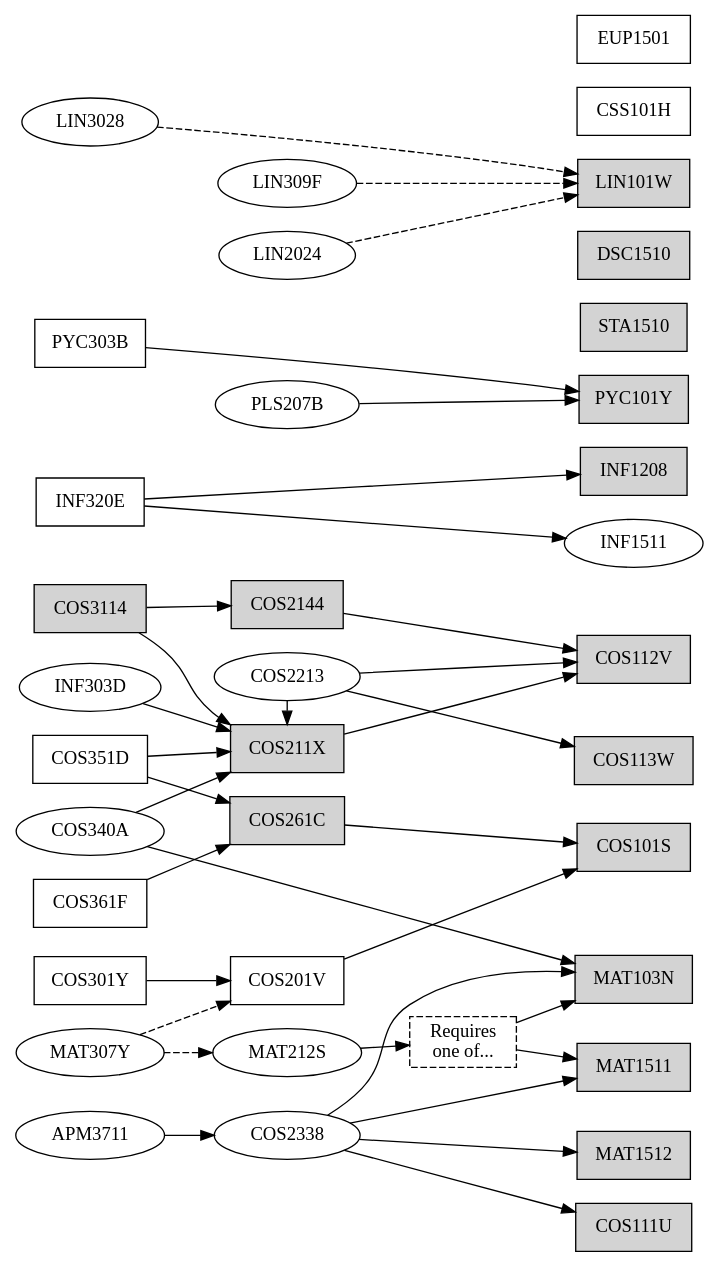
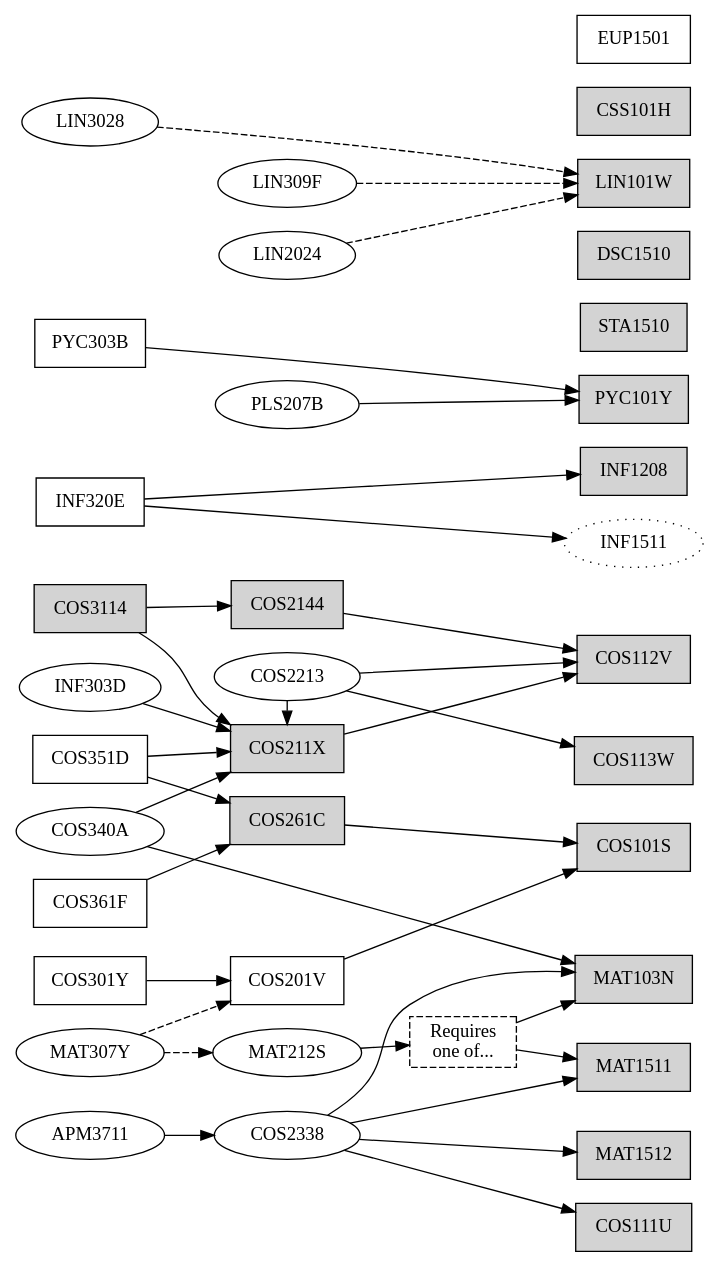
Before and after one commit to apauley/unisa-module-graph: the diagram in ComputationalIntelligence.dot, drawn with Graphviz.

Commit message:
Fill completed first-level modules

```diff
--- a/ComputationalIntelligence.dot
+++ b/ComputationalIntelligence.dot
@@ -1,54 +1,59 @@
 digraph ComputationalIntelligence {
     node [shape=box];
     rankdir=LR;
 
     // Completed modules
     {node [style=filled];
     COS111U COS112V COS113W MAT1511 MAT1512 COS101S
     INF1208 PYC101Y STA1510 MAT103N DSC1510 LIN101W
     COS211X COS261C COS2144 COS3114}
 
     {rank=same; COS301Y INF320E COS351D COS361F PYC303B}
     {rank=same; node [shape=ellipse];
     COS3114 APM3711 MAT307Y INF303D LIN3028 COS340A}
 
     {rank=same; COS201V COS211X COS261C COS2144}
     {rank=same; node [shape=ellipse];
     COS2213 COS2338 MAT212S LIN309F LIN2024 PLS207B}
 
-    {rank=same; COS101S COS112V COS113W INF1208 MAT1511 MAT1512
-                PYC101Y COS111U CSS101H STA1510 EUP1501}
+    {rank=same;
+        {node [style=filled];
+              COS101S COS112V COS113W INF1208 MAT1511 MAT1512
+              PYC101Y COS111U CSS101H STA1510}
+        EUP1501}
 
     {rank=same; node [shape=ellipse];
-    INF1511 MAT103N DSC1510 LIN101W}
+        INF1511 [style=dotted]
+        {node [style=filled];
+              MAT103N DSC1510 LIN101W}}
 
     COS301Y -> {COS201V}
     INF320E -> {INF1208 INF1511}
     COS351D -> {COS211X COS261C}
     COS361F -> {COS261C}
     PYC303B -> {PYC101Y}
 
     COS3114 -> {COS211X COS2144}
     APM3711 -> {COS2338}
     MAT307Y -> {MAT212S COS201V} [style=dashed]
     INF303D -> {COS211X}
     LIN3028 -> {LIN101W} [style=dashed]
     COS340A -> {COS211X MAT103N}
 
 
     COS201V -> {COS101S}
     COS211X -> {COS112V}
     COS261C -> {COS101S}
     COS2144 -> {COS112V}
 
     {rank=same; COS2213 COS211X}
     COS2213 -> {COS112V COS113W}
     COS2213 -> {COS211X}
     COS2338 -> {COS111U MAT103N MAT1511 MAT1512}
     MAT103OR151 [label="Requires\none of...", style=dashed];
     MAT212S -> {MAT103OR151}
     MAT103OR151 -> {MAT103N MAT1511}
     LIN309F -> {LIN101W} [style=dashed]
     LIN2024 -> {LIN101W} [style=dashed]
     PLS207B -> {PYC101Y}
 }
```
